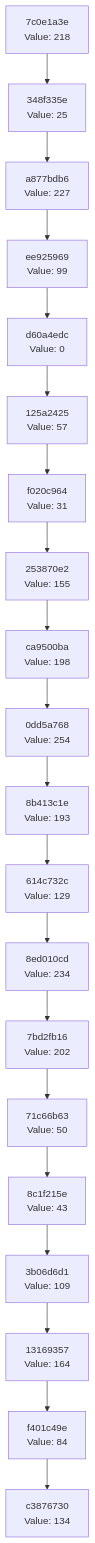
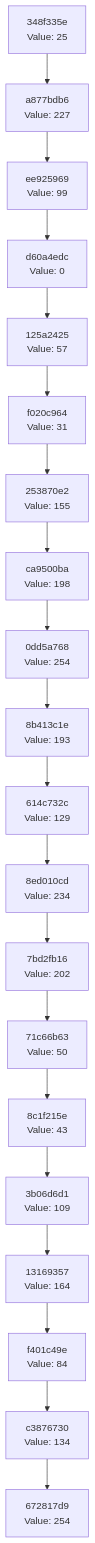
The diagram in docs/CHAIN_VISUALIZATION.md (Abhisheksinha1506/hash-chain-evolver), drawn with Mermaid before and after one commit. The commit also changed 2 other files, not shown here.

Commit message:
Evolution step: hash 0xFE → action executed

````diff
--- a/docs/CHAIN_VISUALIZATION.md
+++ b/docs/CHAIN_VISUALIZATION.md
@@ -3,42 +3,42 @@
 ```mermaid
 graph TD
-    C0["c3876730<br/>Value: 134"]
-    C1["f401c49e<br/>Value: 84"]
+    C0["672817d9<br/>Value: 254"]
+    C1["c3876730<br/>Value: 134"]
     C1 --> C0
-    C2["13169357<br/>Value: 164"]
+    C2["f401c49e<br/>Value: 84"]
     C2 --> C1
-    C3["3b06d6d1<br/>Value: 109"]
+    C3["13169357<br/>Value: 164"]
     C3 --> C2
-    C4["8c1f215e<br/>Value: 43"]
+    C4["3b06d6d1<br/>Value: 109"]
     C4 --> C3
-    C5["71c66b63<br/>Value: 50"]
+    C5["8c1f215e<br/>Value: 43"]
     C5 --> C4
-    C6["7bd2fb16<br/>Value: 202"]
+    C6["71c66b63<br/>Value: 50"]
     C6 --> C5
-    C7["8ed010cd<br/>Value: 234"]
+    C7["7bd2fb16<br/>Value: 202"]
     C7 --> C6
-    C8["614c732c<br/>Value: 129"]
+    C8["8ed010cd<br/>Value: 234"]
     C8 --> C7
-    C9["8b413c1e<br/>Value: 193"]
+    C9["614c732c<br/>Value: 129"]
     C9 --> C8
-    C10["0dd5a768<br/>Value: 254"]
+    C10["8b413c1e<br/>Value: 193"]
     C10 --> C9
-    C11["ca9500ba<br/>Value: 198"]
+    C11["0dd5a768<br/>Value: 254"]
     C11 --> C10
-    C12["253870e2<br/>Value: 155"]
+    C12["ca9500ba<br/>Value: 198"]
     C12 --> C11
-    C13["f020c964<br/>Value: 31"]
+    C13["253870e2<br/>Value: 155"]
     C13 --> C12
-    C14["125a2425<br/>Value: 57"]
+    C14["f020c964<br/>Value: 31"]
     C14 --> C13
-    C15["d60a4edc<br/>Value: 0"]
+    C15["125a2425<br/>Value: 57"]
     C15 --> C14
-    C16["ee925969<br/>Value: 99"]
+    C16["d60a4edc<br/>Value: 0"]
     C16 --> C15
-    C17["a877bdb6<br/>Value: 227"]
+    C17["ee925969<br/>Value: 99"]
     C17 --> C16
-    C18["348f335e<br/>Value: 25"]
+    C18["a877bdb6<br/>Value: 227"]
     C18 --> C17
-    C19["7c0e1a3e<br/>Value: 218"]
+    C19["348f335e<br/>Value: 25"]
     C19 --> C18
 ```
````
